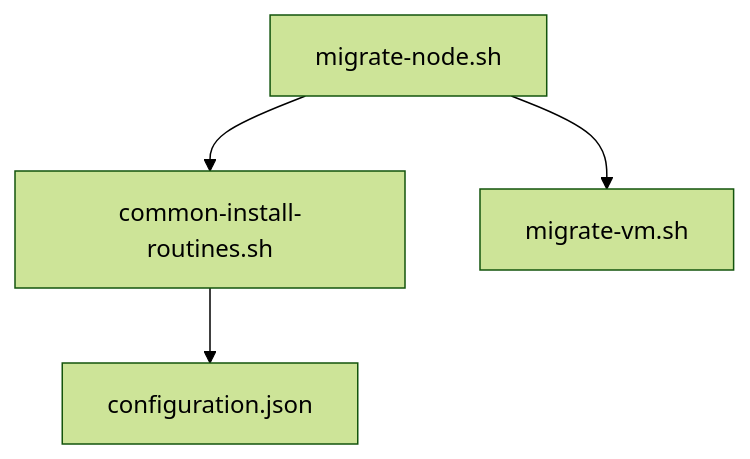
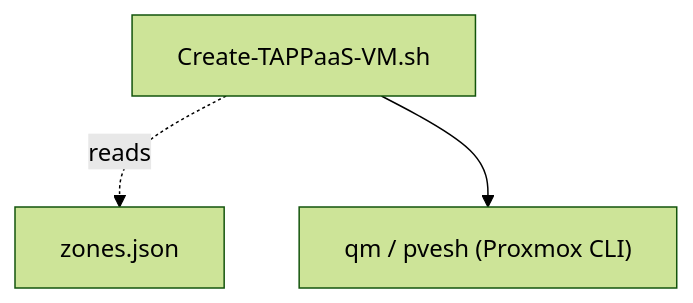
One commit to TAPPaaS/TAPPaaS changed the sixth of 6 diagrams in src/foundation/DEPENDENCIES.md. Above: the diagram before and after it, drawn with Mermaid (forest theme). The commit also changed other lines of this file and 3 other files, not shown here.

````diff
--- a/src/foundation/DEPENDENCIES.md
+++ b/src/foundation/DEPENDENCIES.md
@@ -383,6 +184,5 @@
 ```mermaid
 graph TD
-    A["migrate-node.sh"] --> B["common-install-routines.sh"]
-    A --> C["migrate-vm.sh"]
-    B --> D["configuration.json"]
+    CV["Create-TAPPaaS-VM.sh"] -.reads.-> ZN["zones.json"]
+    CV --> QM["qm / pvesh (Proxmox CLI)"]
 ```
````
